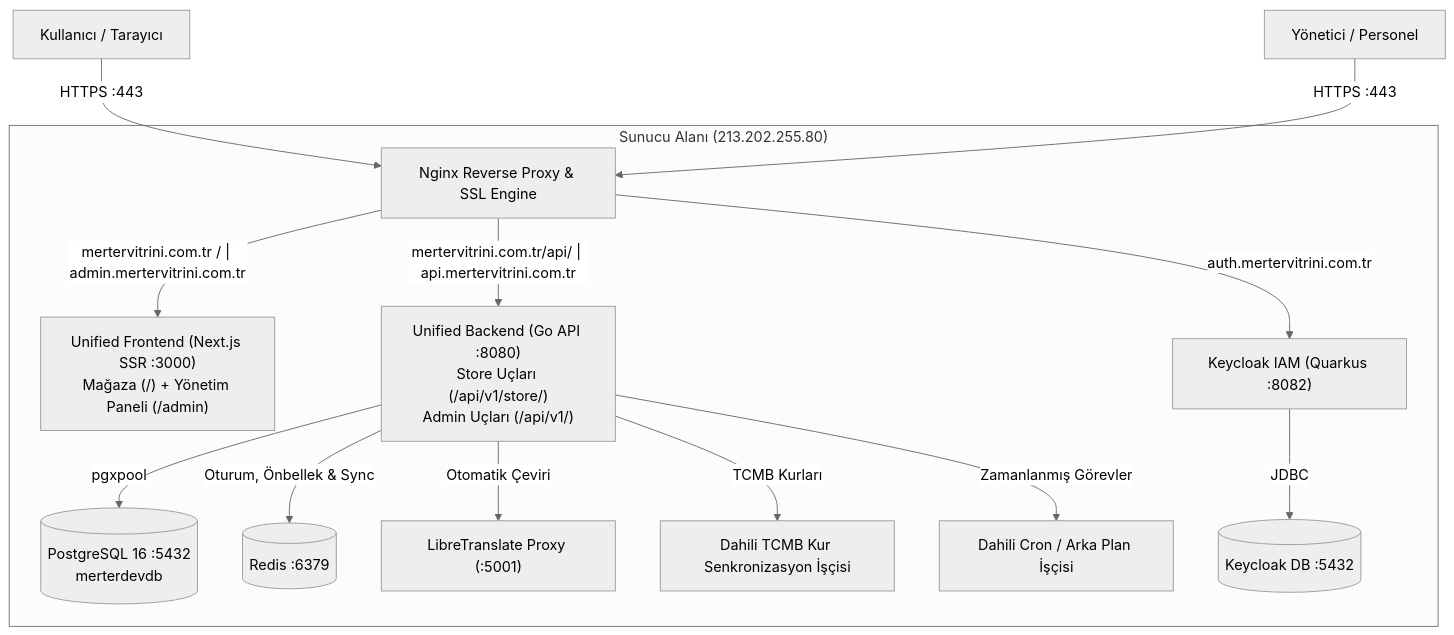
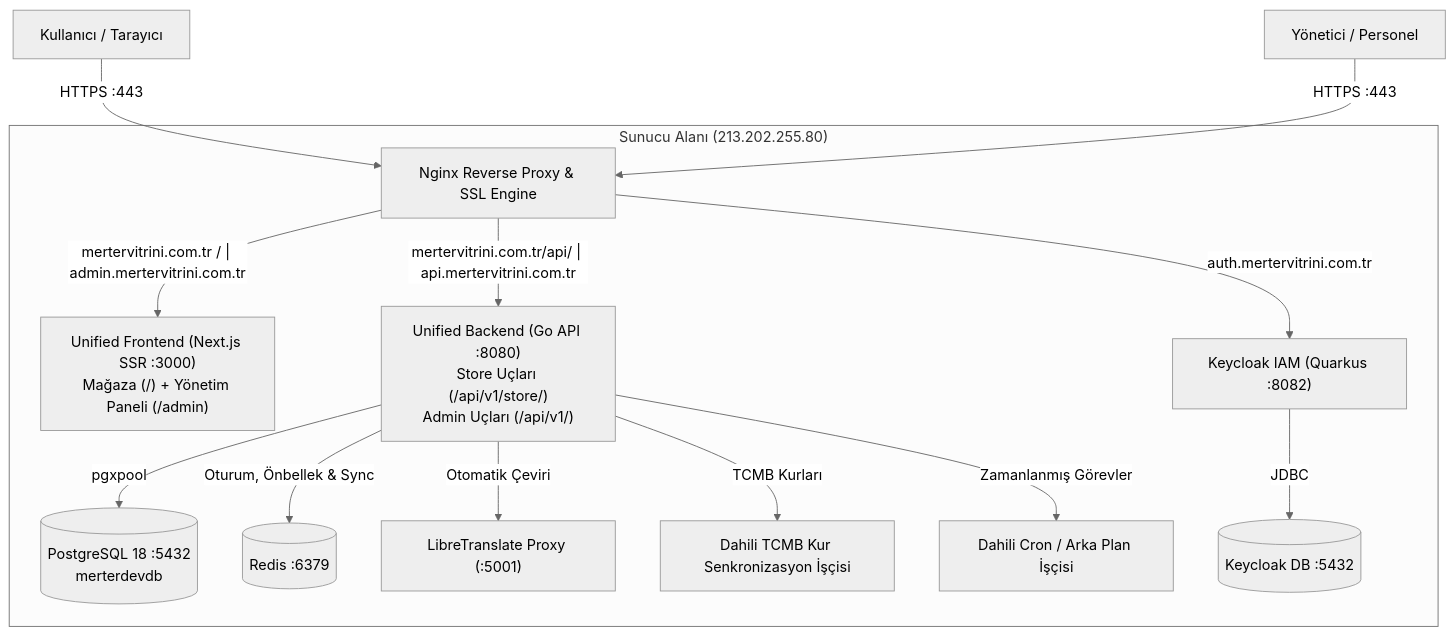
Before and after one commit to kankayaibrahim/MerterVitrini: the diagram in context/architecture.md, drawn with Mermaid (neutral theme). The commit also changed other lines of this file and 85 other files, not shown here.

````diff
--- a/context/architecture.md
+++ b/context/architecture.md
@@ -9,19 +9,19 @@
 ```mermaid
 graph TD
     Client[Kullanıcı / Tarayıcı] -->|HTTPS :443| Nginx[Nginx Reverse Proxy & SSL Engine]
     AdminUser[Yönetici / Personel] -->|HTTPS :443| Nginx
 
     subgraph "Sunucu Alanı (213.202.255.80)"
         Nginx -->|"mertervitrini.com.tr / | admin.mertervitrini.com.tr"| UnifiedFE["Unified Frontend (Next.js SSR :3000)\nMağaza (/) + Yönetim Paneli (/admin)"]
         Nginx -->|"mertervitrini.com.tr/api/ | api.mertervitrini.com.tr"| UnifiedBE["Unified Backend (Go API :8080)\nStore Uçları (/api/v1/store/)\nAdmin Uçları (/api/v1/)"]
         Nginx -->|"auth.mertervitrini.com.tr"| Keycloak["Keycloak IAM (Quarkus :8082)"]
 
-        UnifiedBE -->|"pgxpool"| Postgres[(PostgreSQL 16 :5432\nmerterdevdb)]
+        UnifiedBE -->|"pgxpool"| Postgres[(PostgreSQL 18 :5432\nmerterdevdb)]
         Keycloak -->|"JDBC"| PostgresKeycloak[(Keycloak DB :5432)]
 
         UnifiedBE -->|"Oturum, Önbellek & Sync"| Redis[(Redis :6379)]
         UnifiedBE -->|"Otomatik Çeviri"| LibreTranslate["LibreTranslate Proxy (:5001)"]
         UnifiedBE -->|"TCMB Kurları"| TCMBWorker["Dahili TCMB Kur Senkronizasyon İşçisi"]
         UnifiedBE -->|"Zamanlanmış Görevler"| CronScheduler["Dahili Cron / Arka Plan İşçisi"]
     end
 ```
````
